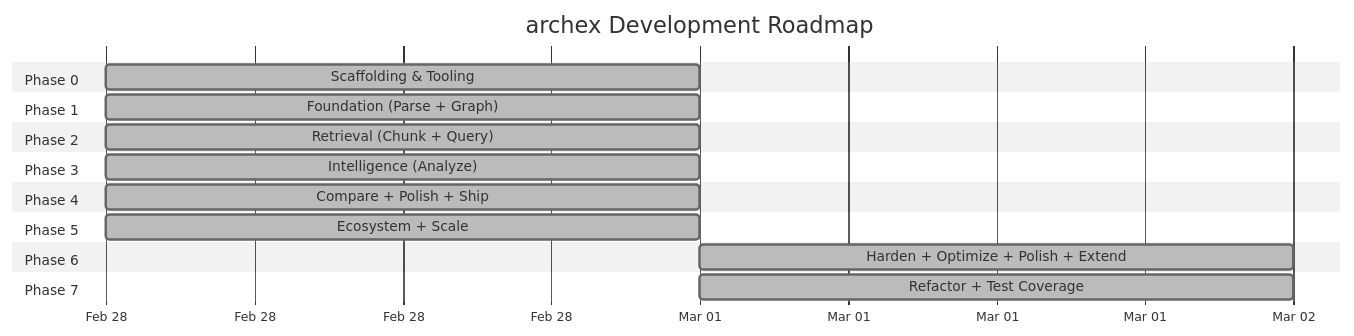
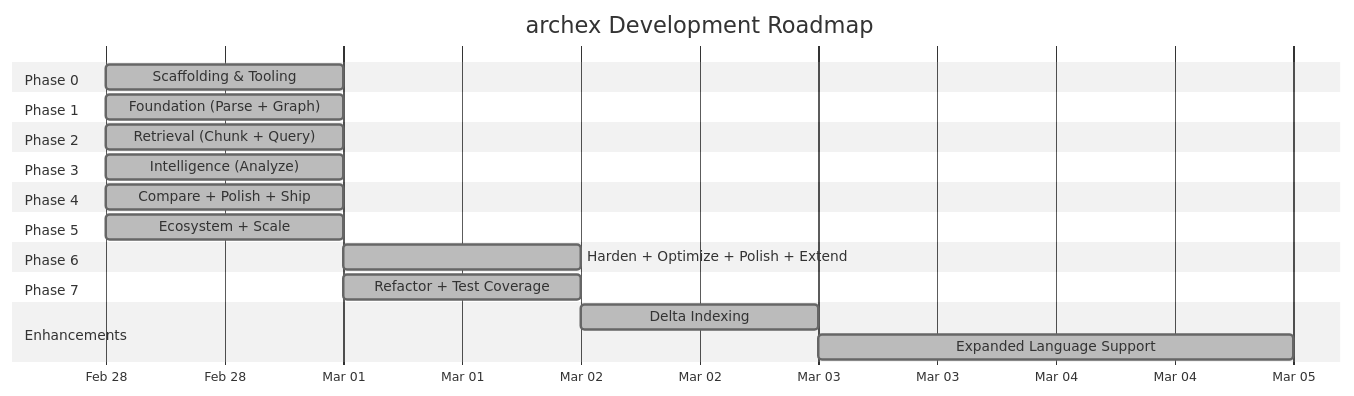
Before and after one commit to determ-ai/archex: the diagram in docs/ROADMAP.md, drawn with Mermaid (neutral theme). The commit also changed other lines of this file and 3 other files, not shown here.

````diff
--- a/docs/ROADMAP.md
+++ b/docs/ROADMAP.md
@@ -9,30 +9,34 @@
 ```mermaid
 gantt
     title archex Development Roadmap
     dateFormat  YYYY-MM-DD
     axisFormat  %b %d
 
     section Phase 0
     Scaffolding & Tooling           :done, p0, 2026-02-28, 1d
 
     section Phase 1
     Foundation (Parse + Graph)      :done, p1, 2026-02-28, 1d
 
     section Phase 2
     Retrieval (Chunk + Query)       :done, p2, 2026-02-28, 1d
 
     section Phase 3
     Intelligence (Analyze)          :done, p3, 2026-02-28, 1d
 
     section Phase 4
     Compare + Polish + Ship         :done, p4, 2026-02-28, 1d
 
     section Phase 5
     Ecosystem + Scale               :done, p5, 2026-02-28, 1d
 
     section Phase 6
     Harden + Optimize + Polish + Extend :done, p6, 2026-03-01, 1d
 
     section Phase 7
     Refactor + Test Coverage            :done, p7, 2026-03-01, 1d
+
+    section Enhancements
+    Delta Indexing                       :done, e5, 2026-03-02, 1d
+    Expanded Language Support            :done, e7, 2026-03-03, 2d
 ```
````
